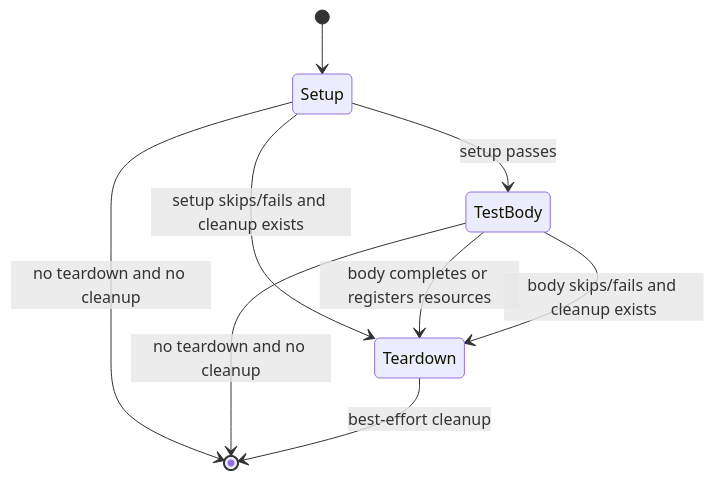
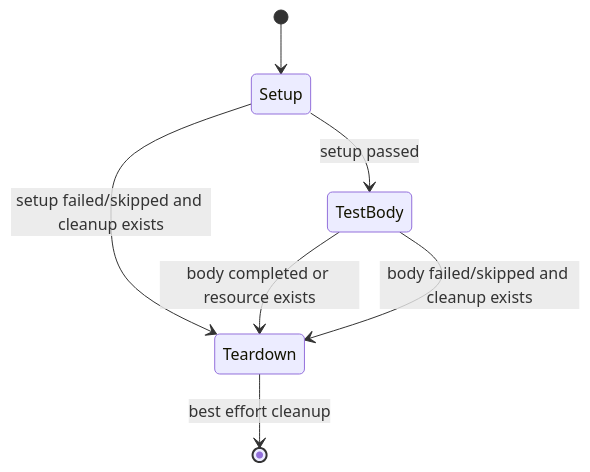
The fifth of 5 diagrams in README.md (crististefanita/CS1), drawn with Mermaid before and after one commit. The commit also changed other lines of this file and 210 other files, not shown here.

````diff
--- a/README.md
+++ b/README.md
@@ -401,11 +241,9 @@
 ```mermaid
 stateDiagram-v2
     [*] --> Setup
-    Setup --> TestBody: setup passes
-    Setup --> Teardown: setup skips/fails and cleanup exists
-    TestBody --> Teardown: body completes or registers resources
-    TestBody --> Teardown: body skips/fails and cleanup exists
-    Setup --> [*]: no teardown and no cleanup
-    TestBody --> [*]: no teardown and no cleanup
-    Teardown --> [*]: best-effort cleanup
+    Setup --> TestBody: setup passed
+    Setup --> Teardown: setup failed/skipped and cleanup exists
+    TestBody --> Teardown: body completed or resource exists
+    TestBody --> Teardown: body failed/skipped and cleanup exists
+    Teardown --> [*]: best effort cleanup
 ```
````
